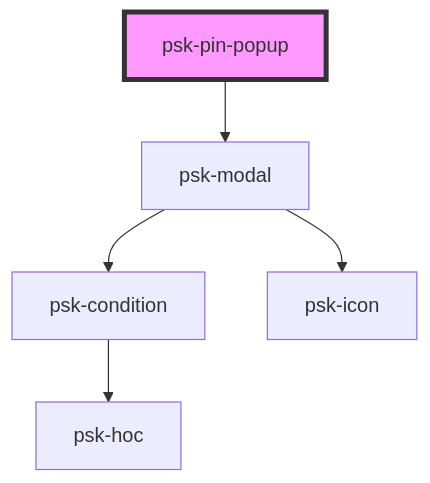
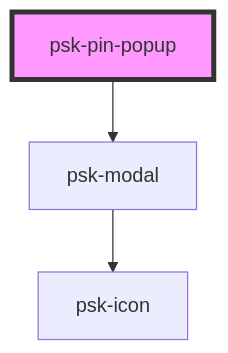
One commit to daniel-visoiu/cardinal changed the diagram in src/components/psk-pin-popup/readme.md. Above: the diagram before and after it, drawn with Mermaid. The commit also changed 5 other files, not shown here.

````diff
--- a/src/components/psk-pin-popup/readme.md
+++ b/src/components/psk-pin-popup/readme.md
@@ -29,8 +29,6 @@
 ```mermaid
 graph TD;
   psk-pin-popup --> psk-modal
-  psk-modal --> psk-condition
   psk-modal --> psk-icon
-  psk-condition --> psk-hoc
   style psk-pin-popup fill:#f9f,stroke:#333,stroke-width:4px
 ```
````
